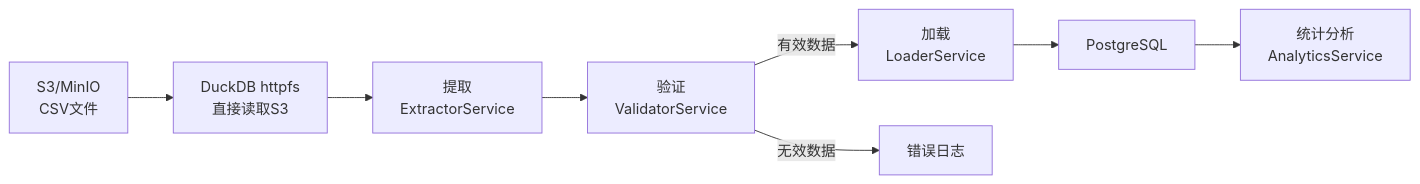
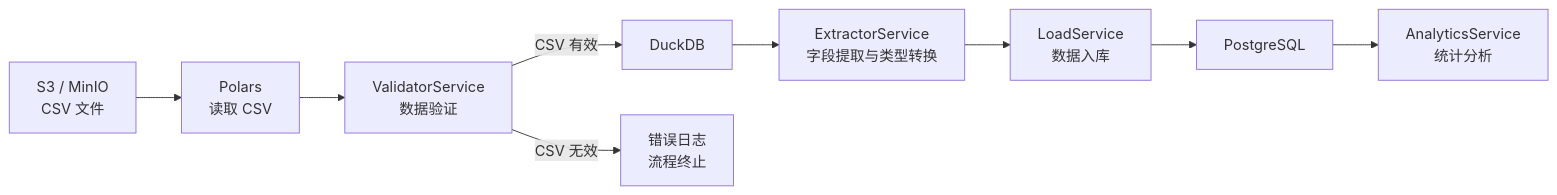
The diagram in doc/product.md (zhj0513/small_etl), drawn with Mermaid before and after one commit. The commit also changed other lines of this file and 3 other files, not shown here.

````diff
--- a/doc/product.md
+++ b/doc/product.md
@@ -18,10 +18,21 @@
 ```mermaid
 flowchart LR
-    S3["S3/MinIO<br/>CSV文件"] --> DuckDB["DuckDB httpfs<br/>直接读取S3"]
-    DuckDB --> Extract["提取<br/>ExtractorService"]
-    Extract --> Validate["验证<br/>ValidatorService"]
-    Validate --> |有效数据| Load["加载<br/>LoaderService"]
-    Validate --> |无效数据| Log["错误日志"]
-    Load --> PG["PostgreSQL"]
-    PG --> Analytics["统计分析<br/>AnalyticsService"]
+    S3[S3 / MinIO<br/>CSV 文件]
+    Polars[Polars<br/>读取 CSV]
+    Validate[ValidatorService<br/>数据验证]
+    DuckDB[DuckDB]
+    Extract[ExtractorService<br/>字段提取与类型转换]
+    Load[LoadService<br/>数据入库]
+    PG[PostgreSQL]
+    Analytics[AnalyticsService<br/>统计分析]
+    Log[错误日志<br/>流程终止]
+
+    S3 --> Polars
+    Polars --> Validate
+    Validate -->|CSV 有效| DuckDB
+    Validate -->|CSV 无效| Log
+    DuckDB --> Extract
+    Extract --> Load
+    Load --> PG
+    PG --> Analytics
 ```
````
